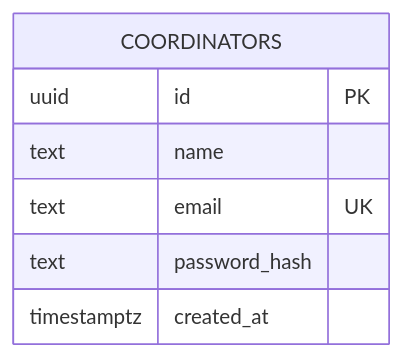
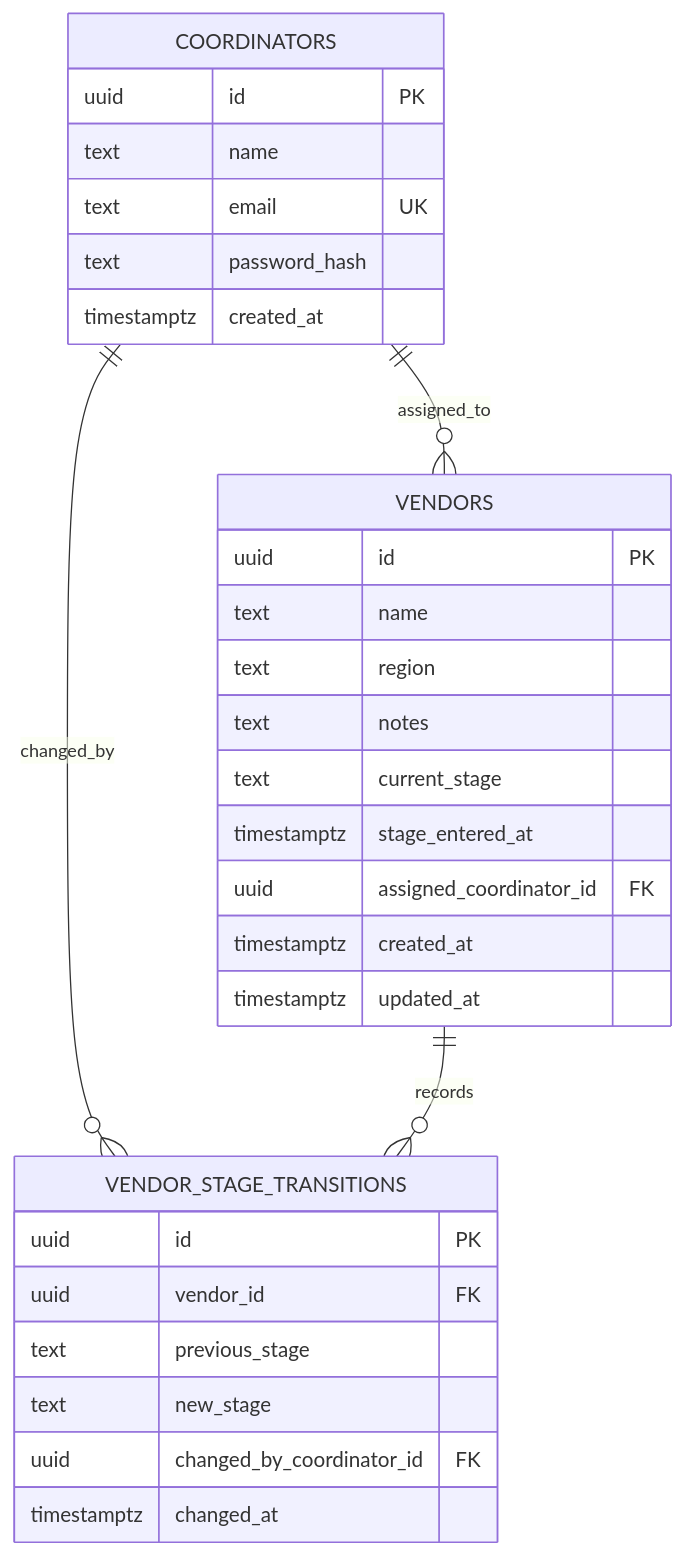
Before and after one commit to vkng1104/onboarding-tracking-vendor: the second of 2 diagrams in docs/RFC-001-vendor-onboarding-tracker.md, drawn with Mermaid. The commit also changed other lines of this file and 33 other files, not shown here.

Commit message:
feat(vendors): add onboarding dashboard and stage history (#3)

````diff
--- a/docs/RFC-001-vendor-onboarding-tracker.md
+++ b/docs/RFC-001-vendor-onboarding-tracker.md
@@ -64,10 +64,32 @@
 ```mermaid
 erDiagram
     COORDINATORS {
         uuid id PK
         text name
         text email UK
         text password_hash
         timestamptz created_at
     }
+    VENDORS {
+        uuid id PK
+        text name
+        text region
+        text notes
+        text current_stage
+        timestamptz stage_entered_at
+        uuid assigned_coordinator_id FK
+        timestamptz created_at
+        timestamptz updated_at
+    }
+    VENDOR_STAGE_TRANSITIONS {
+        uuid id PK
+        uuid vendor_id FK
+        text previous_stage
+        text new_stage
+        uuid changed_by_coordinator_id FK
+        timestamptz changed_at
+    }
+    COORDINATORS ||--o{ VENDORS : assigned_to
+    COORDINATORS ||--o{ VENDOR_STAGE_TRANSITIONS : changed_by
+    VENDORS ||--o{ VENDOR_STAGE_TRANSITIONS : records
 ```
````
